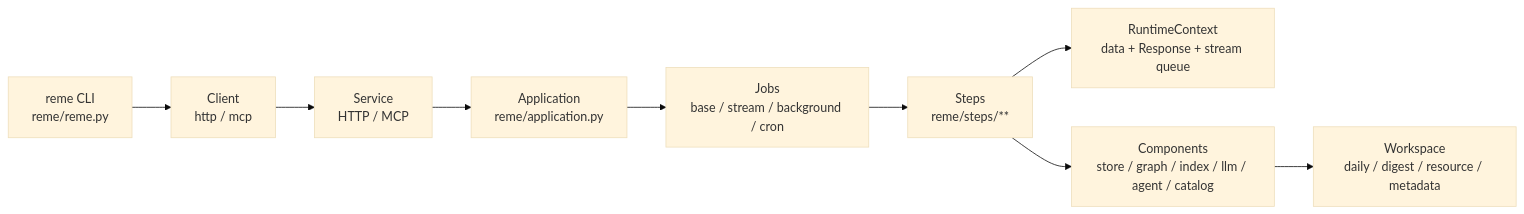
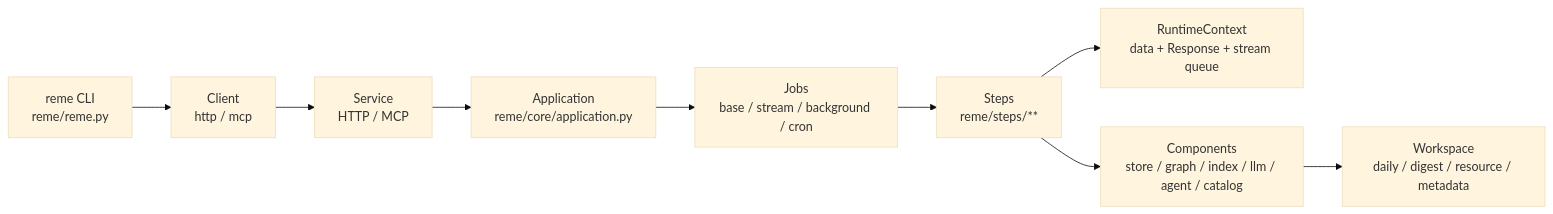
Before and after one commit to agentscope-ai/ReMe: the first of 13 diagrams in docs/en/framework.md, drawn with Mermaid (base theme). The commit also changed other lines of this file and 423 other files, not shown here.

````diff
--- a/docs/en/framework.md
+++ b/docs/en/framework.md
@@ -27,11 +27,11 @@
 ```mermaid
 flowchart LR
     CLI["reme CLI<br/>reme/reme.py"] --> Client["Client<br/>http / mcp"]
     Client --> Service["Service<br/>HTTP / MCP"]
-    Service --> App["Application<br/>reme/application.py"]
+    Service --> App["Application<br/>reme/core/application.py"]
     App --> Jobs["Jobs<br/>base / stream / background / cron"]
     Jobs --> Steps["Steps<br/>reme/steps/**"]
     Steps --> Ctx["RuntimeContext<br/>data + Response + stream queue"]
     Steps --> Components["Components<br/>store / graph / index / llm / agent / catalog"]
     Components --> Workspace["Workspace<br/>daily / digest / resource / metadata"]
 ```
````
